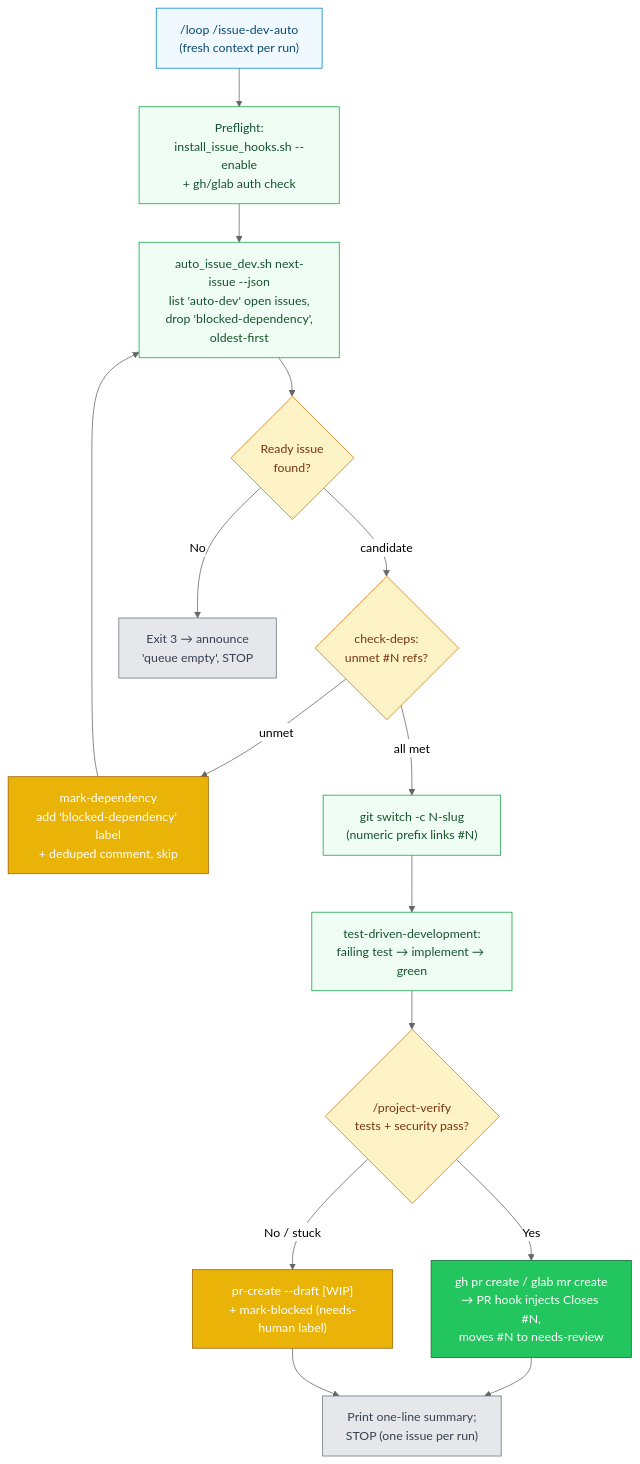
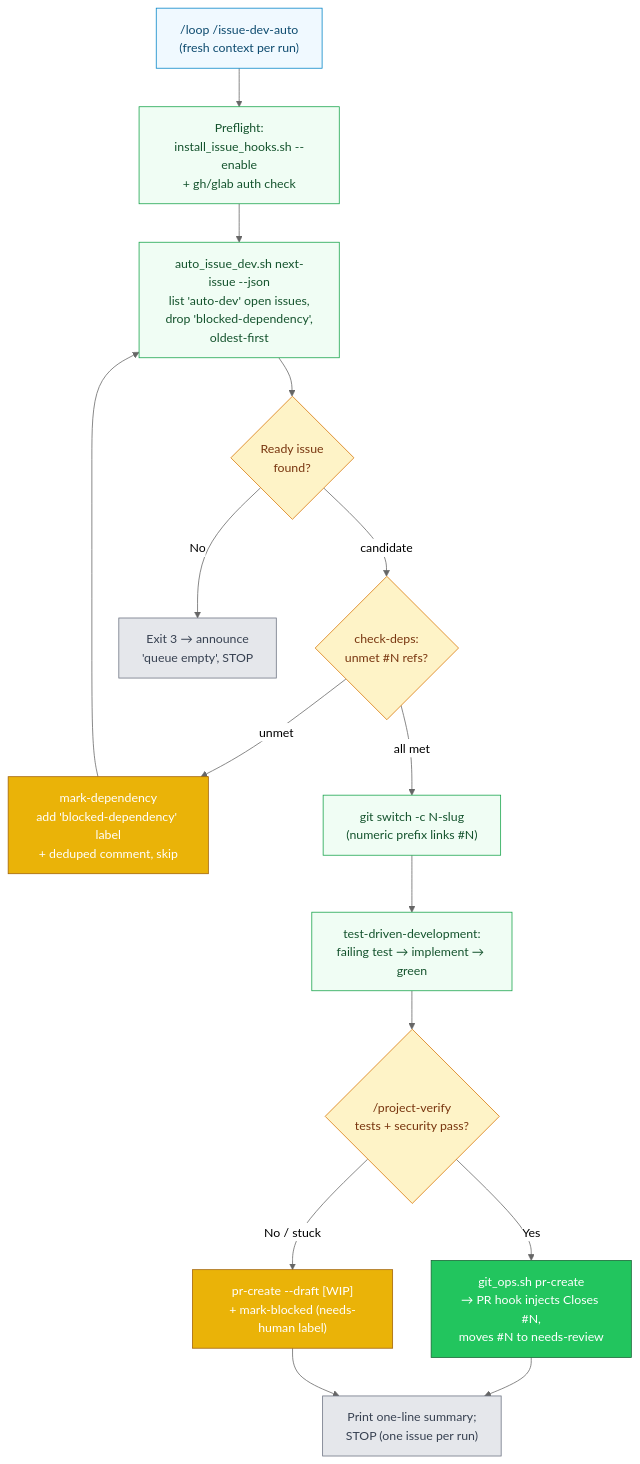
The third of 3 diagrams in docs/diagrams/issues.md (RB-chrismandich/Manifest), drawn with Mermaid before and after one commit. The commit also changed other lines of this file and 246 other files, not shown here.

````diff
--- a/docs/diagrams/issues.md
+++ b/docs/diagrams/issues.md
@@ -181,41 +180,41 @@
 ```mermaid
 %%{init: {'theme':'neutral'}}%%
 flowchart TD
     classDef input fill:#f0f9ff,stroke:#0284c7,color:#0c4a6e
     classDef process fill:#f0fdf4,stroke:#16a34a,color:#14532d
     classDef decision fill:#fef3c7,stroke:#d97706,color:#78350f
     classDef success fill:#22c55e,stroke:#166534,color:#fff
     classDef warning fill:#eab308,stroke:#a16207,color:#fff
     classDef stop fill:#e5e7eb,stroke:#6b7280,color:#374151
 
     LOOP["/loop /issue-dev-auto<br/>(fresh context per run)"]:::input
     PREFLIGHT["Preflight:<br/>install_issue_hooks.sh --enable<br/>+ gh/glab auth check"]:::process
 
     NEXT["auto_issue_dev.sh next-issue --json<br/>list 'auto-dev' open issues,<br/>drop 'blocked-dependency',<br/>oldest-first"]:::process
     DEPCHECK{"check-deps:<br/>unmet #N refs?"}:::decision
     MARK_DEP["mark-dependency<br/>add 'blocked-dependency' label<br/>+ deduped comment, skip"]:::warning
 
     READY{"Ready issue<br/>found?"}:::decision
     STOP_EMPTY["Exit 3 → announce<br/>'queue empty', STOP"]:::stop
 
     BRANCH["git switch -c N-slug<br/>(numeric prefix links #N)"]:::process
     TDD["test-driven-development:<br/>failing test → implement → green"]:::process
     VERIFY{"/project-verify<br/>tests + security pass?"}:::decision
 
-    PR["gh pr create / glab mr create<br/>→ PR hook injects Closes #N,<br/>moves #N to needs-review"]:::success
+    PR["git_ops.sh pr-create<br/>→ PR hook injects Closes #N,<br/>moves #N to needs-review"]:::success
     DRAFT["pr-create --draft [WIP]<br/>+ mark-blocked (needs-human label)"]:::warning
     SUMMARY["Print one-line summary;<br/>STOP (one issue per run)"]:::stop
 
     LOOP --> PREFLIGHT --> NEXT
     NEXT --> READY
     READY -->|No| STOP_EMPTY
     READY -->|candidate| DEPCHECK
     DEPCHECK -->|unmet| MARK_DEP
     MARK_DEP --> NEXT
     DEPCHECK -->|all met| BRANCH
     BRANCH --> TDD --> VERIFY
     VERIFY -->|Yes| PR
     VERIFY -->|No / stuck| DRAFT
     PR --> SUMMARY
     DRAFT --> SUMMARY
 ```
````
